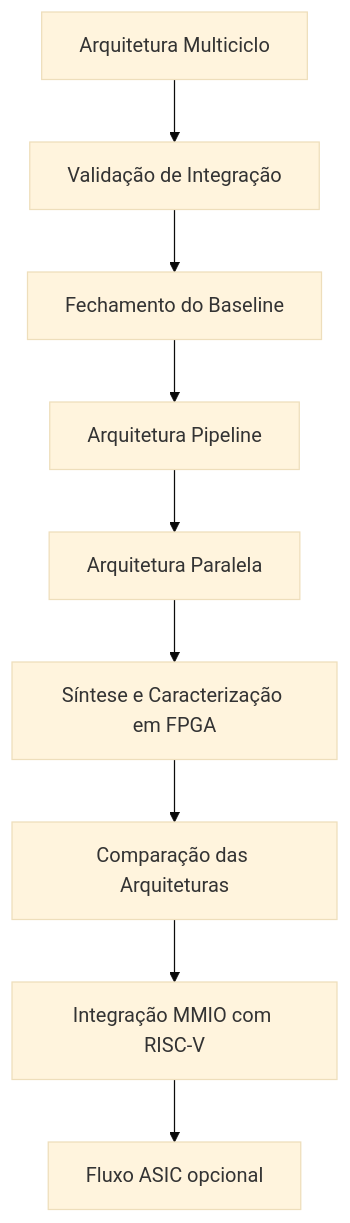
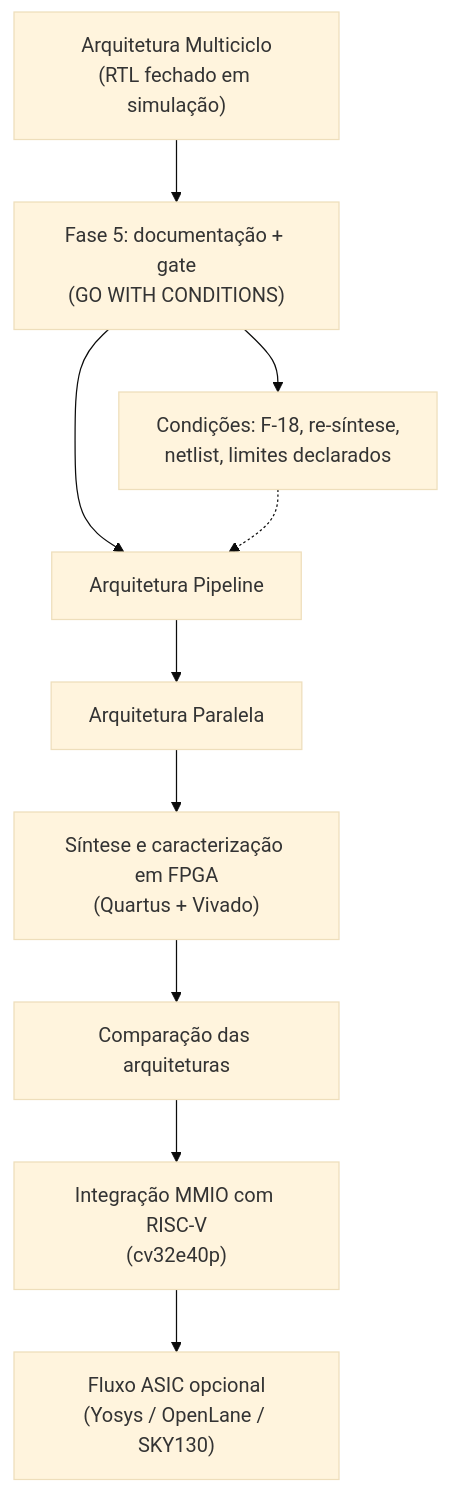
The diagram in docs/STATUS.md (CaioRC39/ic-sobel-hw-fpga), drawn with Mermaid (base theme) before and after one commit. The commit also changed other lines of this file and 6 other files, not shown here.

Commit message:
Fase 5: documentação e gate do multiciclo (GO WITH CONDITIONS) - ENCERRAMENTO MULTICICLO

````diff
--- a/docs/STATUS.md
+++ b/docs/STATUS.md
@@ -96,11 +131,12 @@
 ```mermaid
 flowchart TD
-    A[Arquitetura Multiciclo] --> B[Validação de Integração]
-    B --> C[Fechamento do Baseline]
-    C --> D[Arquitetura Pipeline]
-    D --> E[Arquitetura Paralela]
-    E --> F[Síntese e Caracterização em FPGA]
-    F --> G[Comparação das Arquiteturas]
-    G --> H[Integração MMIO com RISC-V]
-    H --> I[Fluxo ASIC opcional]
+    A["Arquitetura Multiciclo<br/>(RTL fechado em simulação)"] --> B["Fase 5: documentação + gate<br/>(GO WITH CONDITIONS)"]
+    B --> C["Condições: F-18, re-síntese,<br/>netlist, limites declarados"]
+    B --> D["Arquitetura Pipeline"]
+    C -.-> D
+    D --> E["Arquitetura Paralela"]
+    E --> F["Síntese e caracterização em FPGA<br/>(Quartus + Vivado)"]
+    F --> G["Comparação das arquiteturas"]
+    G --> H["Integração MMIO com RISC-V<br/>(cv32e40p)"]
+    H --> I["Fluxo ASIC opcional<br/>(Yosys / OpenLane / SKY130)"]
 ```
````
